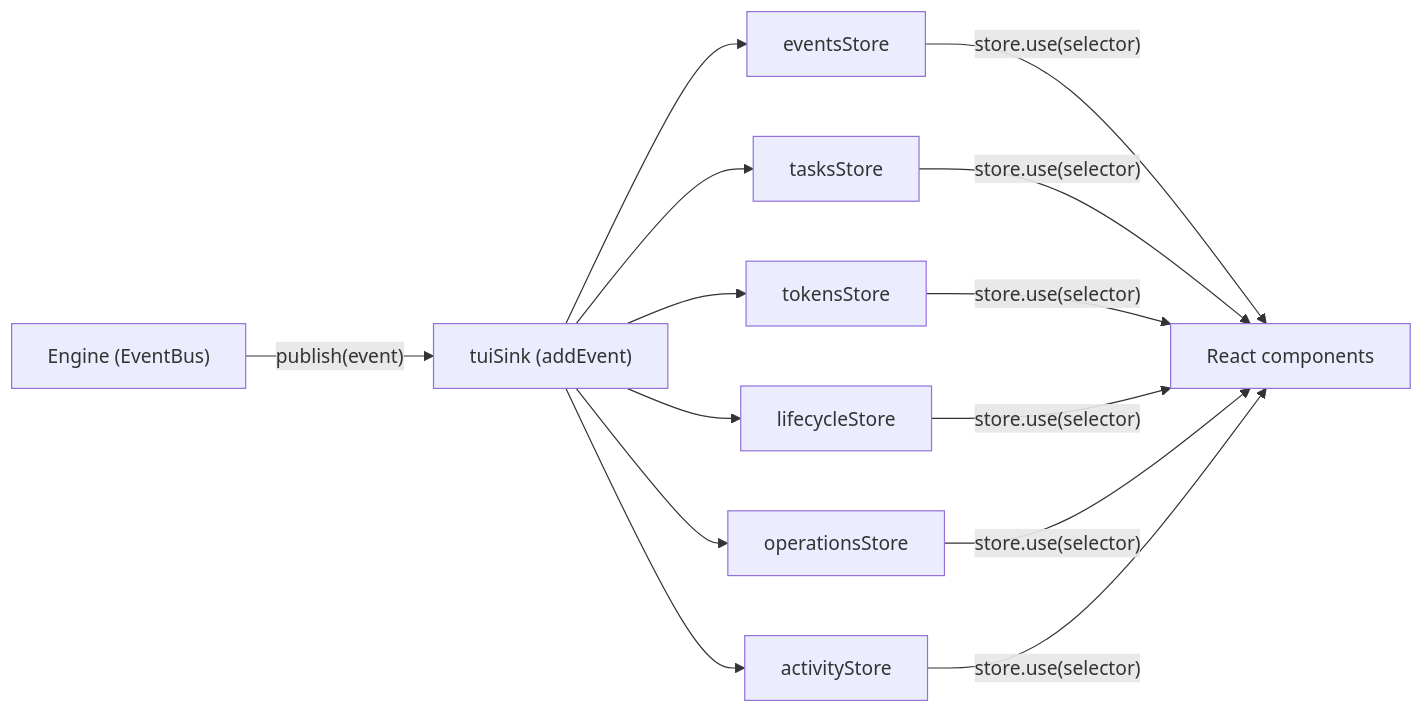
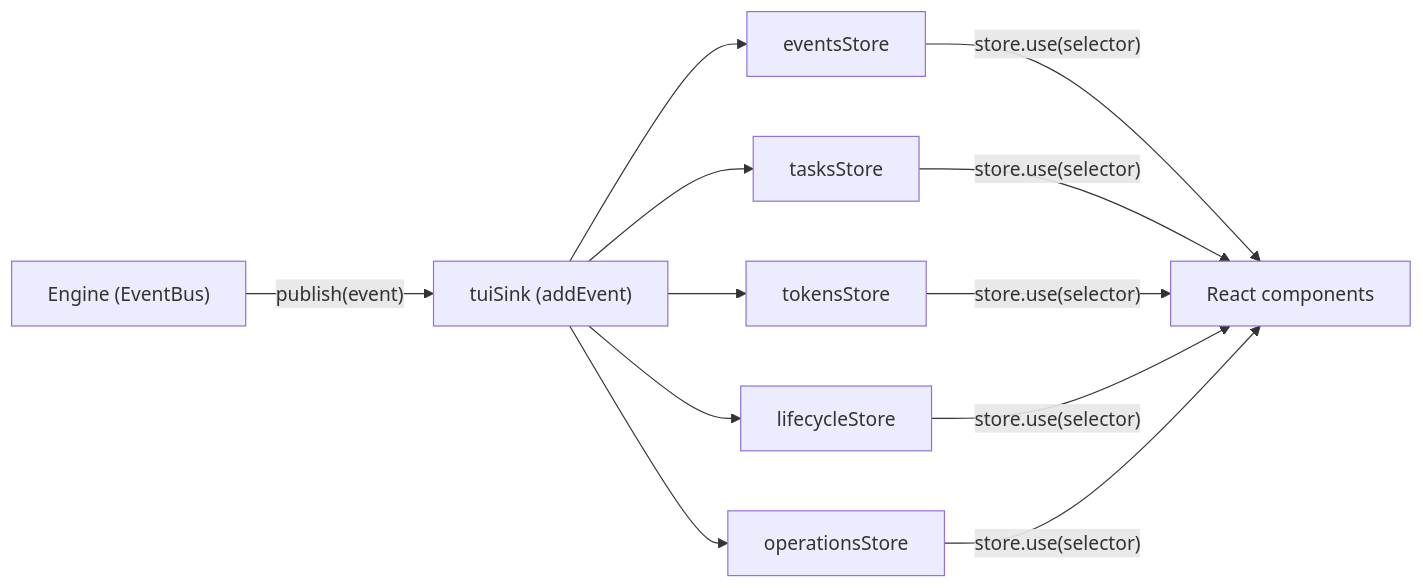
One commit to b4r7x/splitbrief changed the diagram in docs/STORES-AND-UI.md. Above: the diagram before and after it, drawn with Mermaid. The commit also changed other lines of this file and 74 other files, not shown here.

````diff
--- a/docs/STORES-AND-UI.md
+++ b/docs/STORES-AND-UI.md
@@ -27,26 +27,23 @@
 ```mermaid
 flowchart LR
   Engine["Engine (EventBus)"]
   Sink["tuiSink (addEvent)"]
   Events["eventsStore"]
   Tasks["tasksStore"]
   Tokens["tokensStore"]
   Lifecycle["lifecycleStore"]
   Operations["operationsStore"]
-  Activity["activityStore"]
   React["React components"]
 
   Engine -->|"publish(event)"| Sink
   Sink --> Events
   Sink --> Tasks
   Sink --> Tokens
   Sink --> Lifecycle
   Sink --> Operations
-  Sink --> Activity
   Events -->|"store.use(selector)"| React
   Tasks -->|"store.use(selector)"| React
   Tokens -->|"store.use(selector)"| React
   Lifecycle -->|"store.use(selector)"| React
   Operations -->|"store.use(selector)"| React
-  Activity -->|"store.use(selector)"| React
 ```
````
